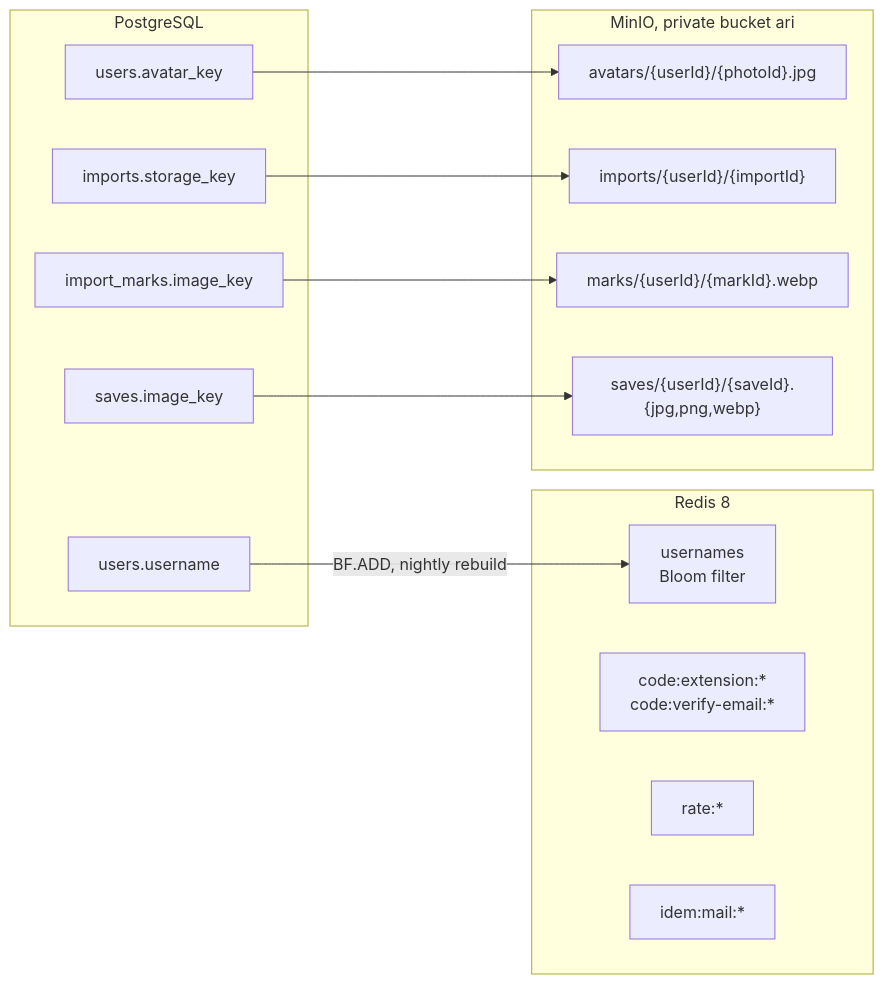
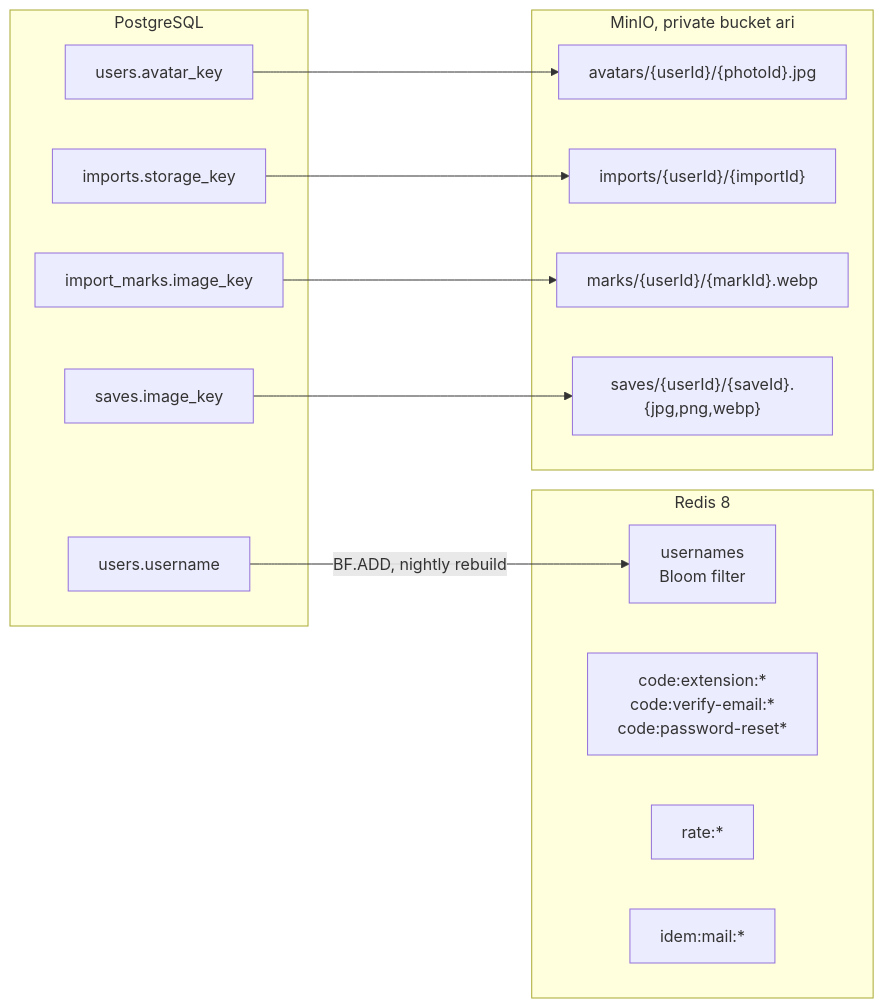
One commit to salimsalimzade/ari-api changed the eighth of 8 diagrams in docs/database.md. Above: the diagram before and after it, drawn with Mermaid. The commit also changed other lines of this file and 115 other files, not shown here.

````diff
--- a/docs/database.md
+++ b/docs/database.md
@@ -377,27 +385,27 @@
 ```mermaid
 flowchart LR
   subgraph pg["PostgreSQL"]
     username["users.username"]
     avatar["users.avatar_key"]
     upload["imports.storage_key"]
     markImage["import_marks.image_key"]
     saveImage["saves.image_key"]
   end
   subgraph redis["Redis 8"]
     bloom["usernames<br/>Bloom filter"]
-    codes["code:extension:*<br/>code:verify-email:*"]
+    codes["code:extension:*<br/>code:verify-email:*<br/>code:password-reset*"]
     rate["rate:*"]
     idem["idem:mail:*"]
   end
   subgraph files["MinIO, private bucket ari"]
     avatars["avatars/{userId}/{photoId}.jpg"]
     imports["imports/{userId}/{importId}"]
     marks["marks/{userId}/{markId}.webp"]
     saves["saves/{userId}/{saveId}.{jpg,png,webp}"]
   end
   username -- "BF.ADD, nightly rebuild" --> bloom
   avatar --> avatars
   upload --> imports
   markImage --> marks
   saveImage --> saves
 ```
````
